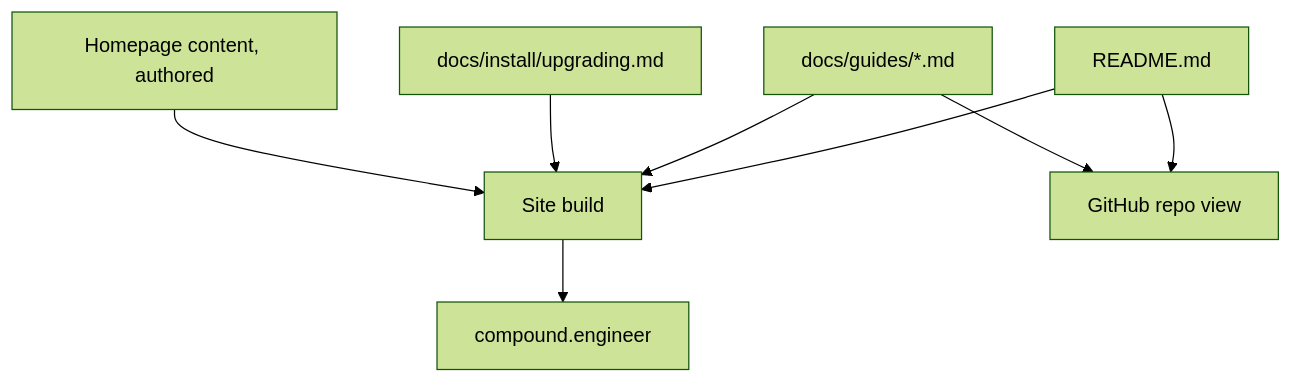
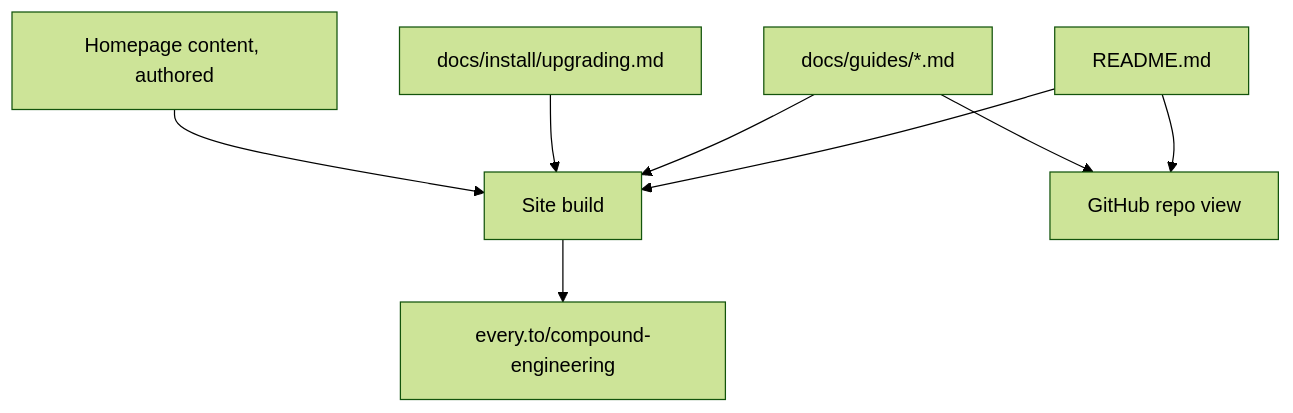
Before and after one commit to EveryInc/every-marketplace: the first of 2 diagrams in docs/plans/2026-09-09-1117-feat-docs-site-plan.md, drawn with Mermaid (forest theme). The commit also changed other lines of this file and 11 other files, not shown here.

First line of the commit message:
feat(site): serve the docs at every.to/compound-engineering

````diff
--- a/docs/plans/2026-09-09-1117-feat-docs-site-plan.md
+++ b/docs/plans/2026-09-09-1117-feat-docs-site-plan.md
@@ -47,10 +47,10 @@
 ```mermaid
 flowchart TB
   A[README.md] --> S[Site build]
   B[docs/guides/*.md] --> S
   C[docs/install/upgrading.md] --> S
   D[Homepage content, authored] --> S
-  S --> H[compound.engineer]
+  S --> H[every.to/compound-engineering]
   A --> G[GitHub repo view]
   B --> G
 ```
````
